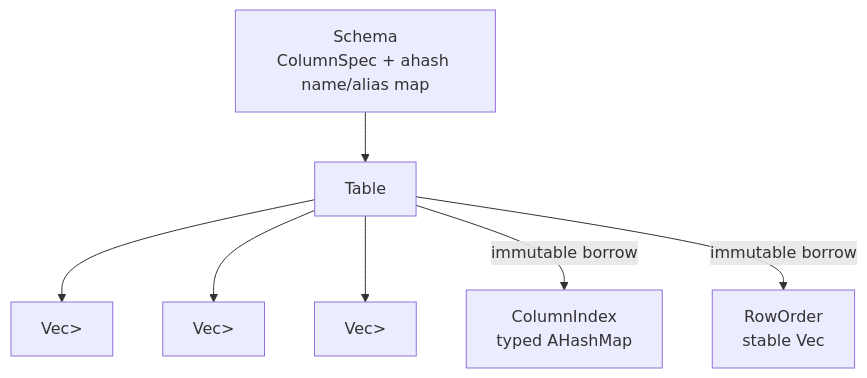
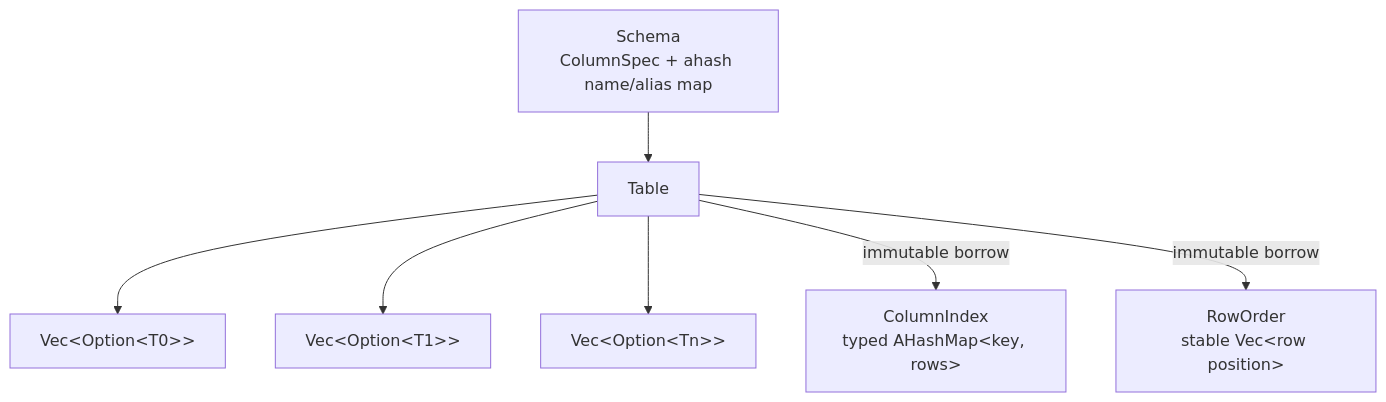
One commit to kjn-void/gd-rs changed the diagram in docs/table.md. Above: the diagram before and after it, drawn with Mermaid. The commit also changed 4 other files, not shown here.

Commit message:
Fix Mermaid generic type labels

````diff
--- a/docs/table.md
+++ b/docs/table.md
@@ -6,9 +6,9 @@
 ```mermaid
 flowchart TD
     Schema["Schema\nColumnSpec + ahash name/alias map"] --> Table
-    Table --> C0["Vec<Option<T0>>"]
-    Table --> C1["Vec<Option<T1>>"]
-    Table --> CN["Vec<Option<Tn>>"]
-    Table -->|"immutable borrow"| Index["ColumnIndex\ntyped AHashMap<key, rows>"]
-    Table -->|"immutable borrow"| Order["RowOrder\nstable Vec<row position>"]
+    Table --> C0["Vec&lt;Option&lt;T0&gt;&gt;"]
+    Table --> C1["Vec&lt;Option&lt;T1&gt;&gt;"]
+    Table --> CN["Vec&lt;Option&lt;Tn&gt;&gt;"]
+    Table -->|"immutable borrow"| Index["ColumnIndex\ntyped AHashMap&lt;key, rows&gt;"]
+    Table -->|"immutable borrow"| Order["RowOrder\nstable Vec&lt;row position&gt;"]
 ```
````
